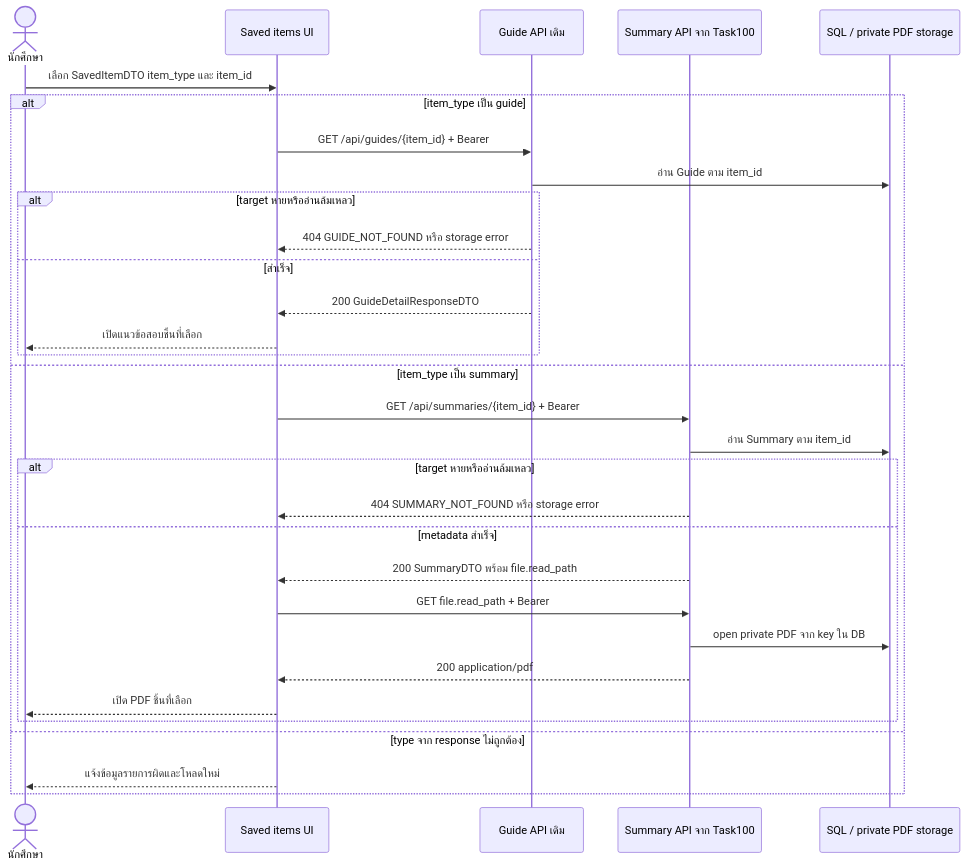
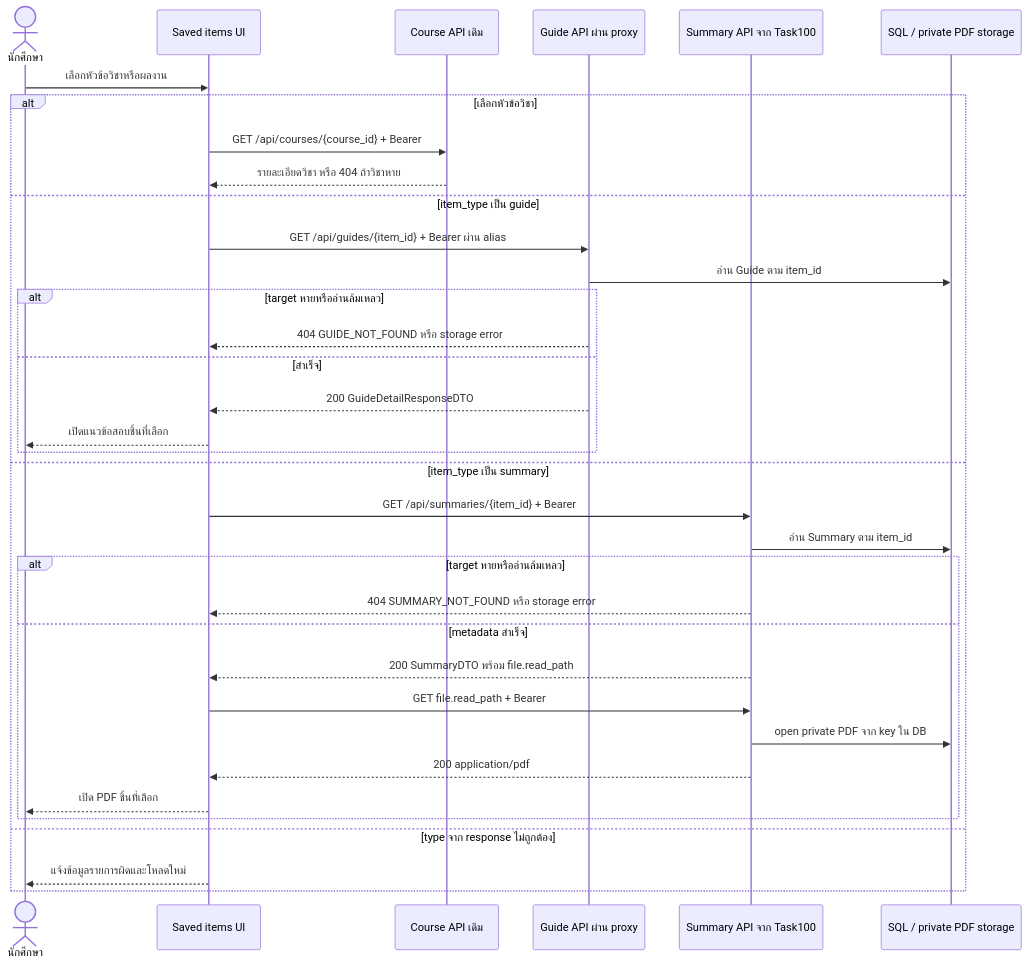
The diagram in docs/U10/design/task104-saved-items-open.mmd (Lilieay/cs261-group4-100001), drawn with Mermaid before and after one commit. The commit also changed 2 other files, not shown here.

Commit message:
docs(task104): specify course and guide open paths

```diff
--- a/docs/U10/design/task104-saved-items-open.mmd
+++ b/docs/U10/design/task104-saved-items-open.mmd
@@ -1,31 +1,35 @@
 sequenceDiagram
     actor Student as นักศึกษา
     participant UI as Saved items UI
-    participant GuideAPI as Guide API เดิม
+    participant CourseAPI as Course API เดิม
+    participant GuideAPI as Guide API ผ่าน proxy
     participant SummaryAPI as Summary API จาก Task100
     participant Storage as SQL / private PDF storage
-    Student->>UI: เลือก SavedItemDTO item_type และ item_id
-    alt item_type เป็น guide
-        UI->>GuideAPI: GET /api/guides/{item_id} + Bearer
+    Student->>UI: เลือกหัวข้อวิชาหรือผลงาน
+    alt เลือกหัวข้อวิชา
+        UI->>CourseAPI: GET /api/courses/{course_id} + Bearer
+        CourseAPI-->>UI: รายละเอียดวิชา หรือ 404 ถ้าวิชาหาย
+    else item_type เป็น guide
+        UI->>GuideAPI: GET /api/guides/{item_id} + Bearer ผ่าน alias
         GuideAPI->>Storage: อ่าน Guide ตาม item_id
         alt target หายหรืออ่านล้มเหลว
             GuideAPI-->>UI: 404 GUIDE_NOT_FOUND หรือ storage error
         else สำเร็จ
             GuideAPI-->>UI: 200 GuideDetailResponseDTO
             UI-->>Student: เปิดแนวข้อสอบชิ้นที่เลือก
         end
     else item_type เป็น summary
         UI->>SummaryAPI: GET /api/summaries/{item_id} + Bearer
         SummaryAPI->>Storage: อ่าน Summary ตาม item_id
         alt target หายหรืออ่านล้มเหลว
             SummaryAPI-->>UI: 404 SUMMARY_NOT_FOUND หรือ storage error
         else metadata สำเร็จ
             SummaryAPI-->>UI: 200 SummaryDTO พร้อม file.read_path
             UI->>SummaryAPI: GET file.read_path + Bearer
             SummaryAPI->>Storage: open private PDF จาก key ใน DB
             SummaryAPI-->>UI: 200 application/pdf
             UI-->>Student: เปิด PDF ชิ้นที่เลือก
         end
     else type จาก response ไม่ถูกต้อง
         UI-->>Student: แจ้งข้อมูลรายการผิดและโหลดใหม่
     end
```
